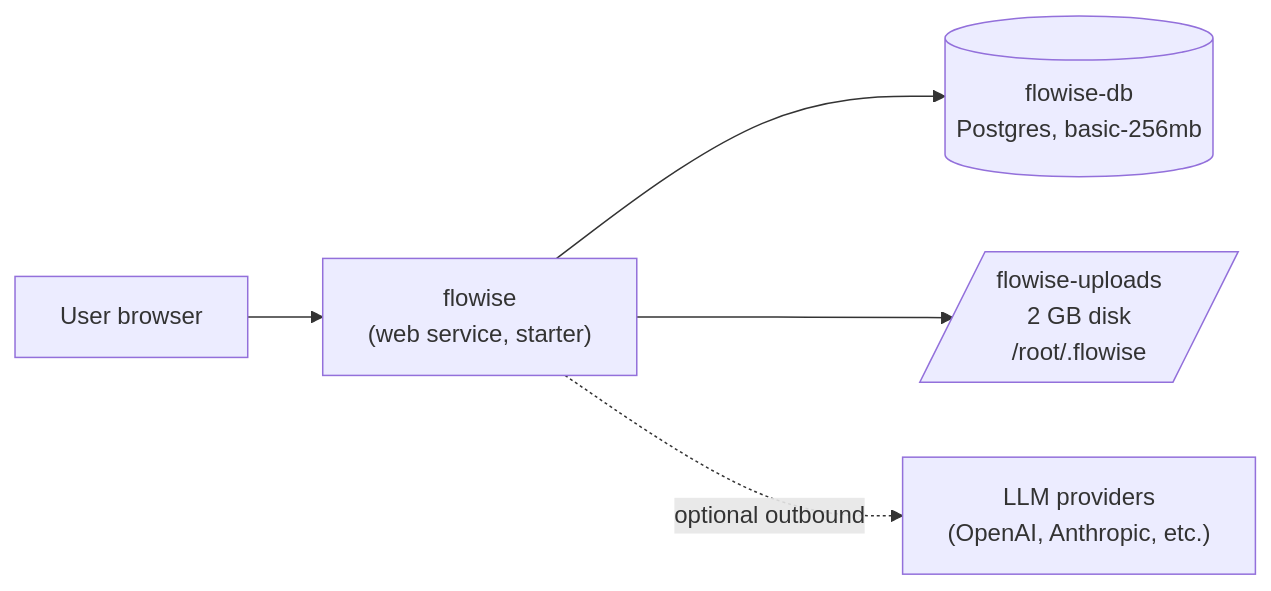
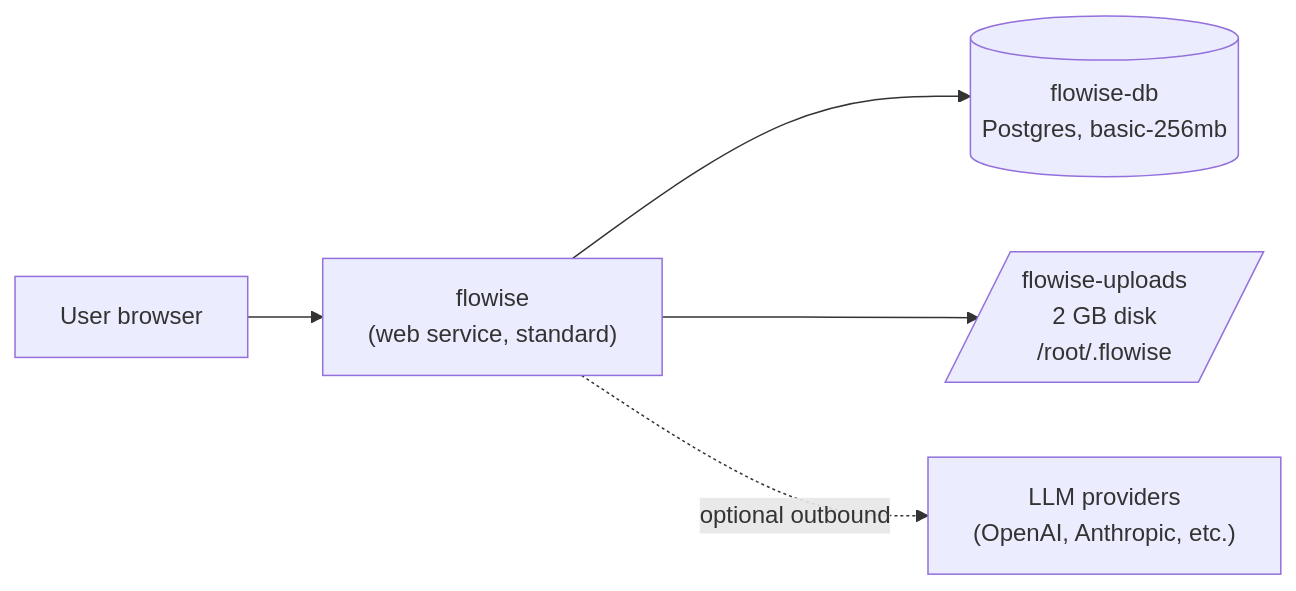
One commit to render-examples/flowise-render-template-postgres changed the diagram in README.md. Above: the diagram before and after it, drawn with Mermaid. The commit also changed other lines of this file and 1 other file, not shown here.

First line of the commit message:
Bump plan to standard so Flowise can actually start

````diff
--- a/README.md
+++ b/README.md
@@ -52,7 +52,7 @@
 ```mermaid
 flowchart LR
-  user["User browser"] --> web["flowise<br/>(web service, starter)"]
+  user["User browser"] --> web["flowise<br/>(web service, standard)"]
   web --> db[("flowise-db<br/>Postgres, basic-256mb")]
   web --> disk[/"flowise-uploads<br/>2 GB disk<br/>/root/.flowise"/]
   web -.->|optional outbound| llm["LLM providers<br/>(OpenAI, Anthropic, etc.)"]
 ```
````
